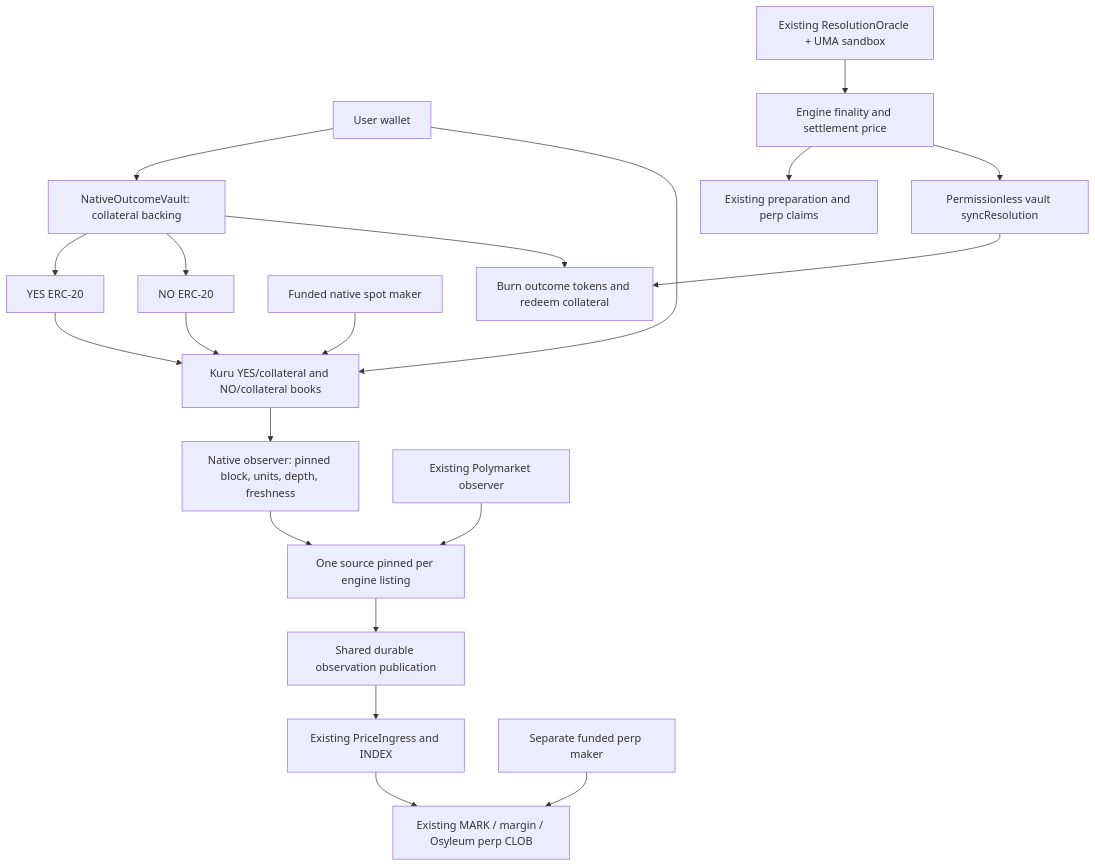
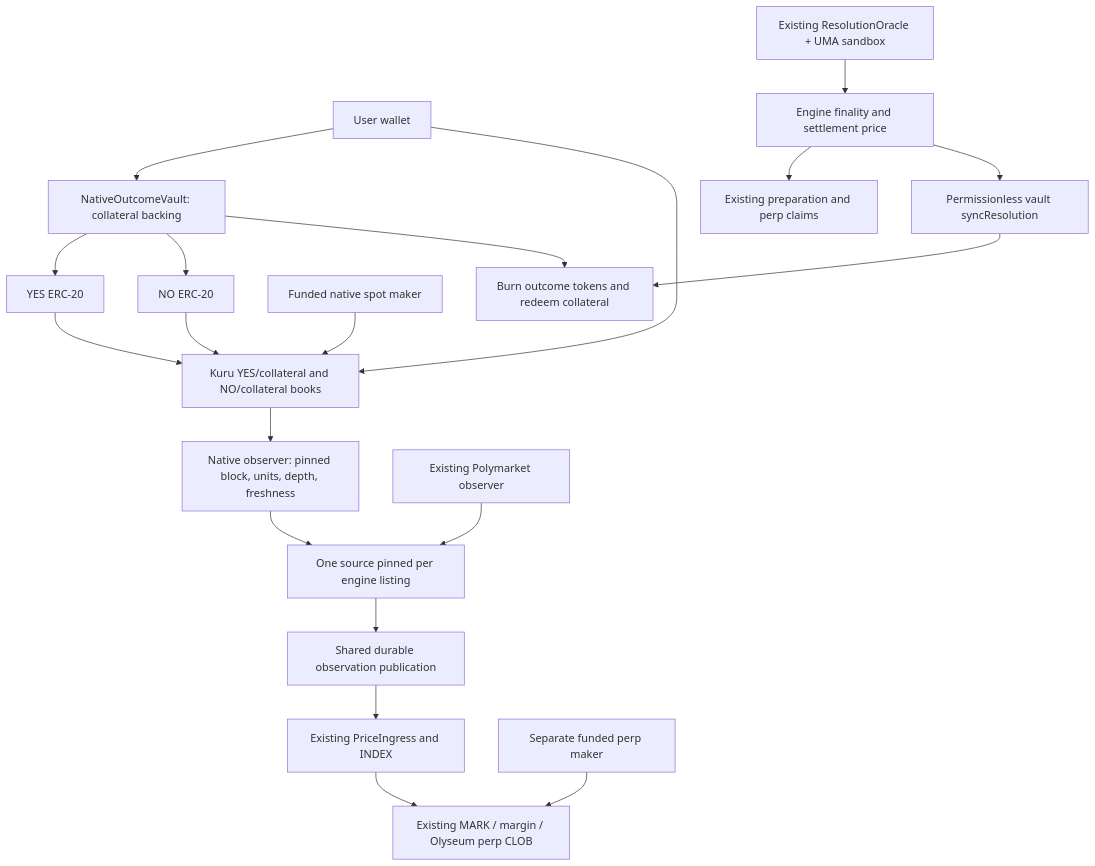
Before and after one commit to xipharis/Olyseum: the second of 2 diagrams in docs/implementation/NATIVE_MARKET_PLAN.md, drawn with Mermaid. The commit also changed other lines of this file and 63 other files, not shown here.

````diff
--- a/docs/implementation/NATIVE_MARKET_PLAN.md
+++ b/docs/implementation/NATIVE_MARKET_PLAN.md
@@ -138,23 +138,23 @@
 ```mermaid
 flowchart TD
     User[User wallet] --> Outcome[NativeOutcomeVault: collateral backing]
     Outcome --> YES[YES ERC-20]
     Outcome --> NO[NO ERC-20]
     YES --> Kuru[Kuru YES/collateral and NO/collateral books]
     NO --> Kuru
     Maker[Funded native spot maker] --> Kuru
     User --> Kuru
     Kuru --> Native[Native observer: pinned block, units, depth, freshness]
     Poly[Existing Polymarket observer] --> Select[One source pinned per engine listing]
     Native --> Select
     Select --> Publish[Shared durable observation publication]
     Publish --> Index[Existing PriceIngress and INDEX]
-    Index --> Perps[Existing MARK / margin / Osyleum perp CLOB]
+    Index --> Perps[Existing MARK / margin / Olyseum perp CLOB]
     PerpMaker[Separate funded perp maker] --> Perps
 
     Oracle[Existing ResolutionOracle + UMA sandbox] --> Final[Engine finality and settlement price]
     Final --> PerpClaims[Existing preparation and perp claims]
     Final --> Sync[Permissionless vault syncResolution]
     Sync --> Redeem[Burn outcome tokens and redeem collateral]
     Outcome --> Redeem
 ```
````
